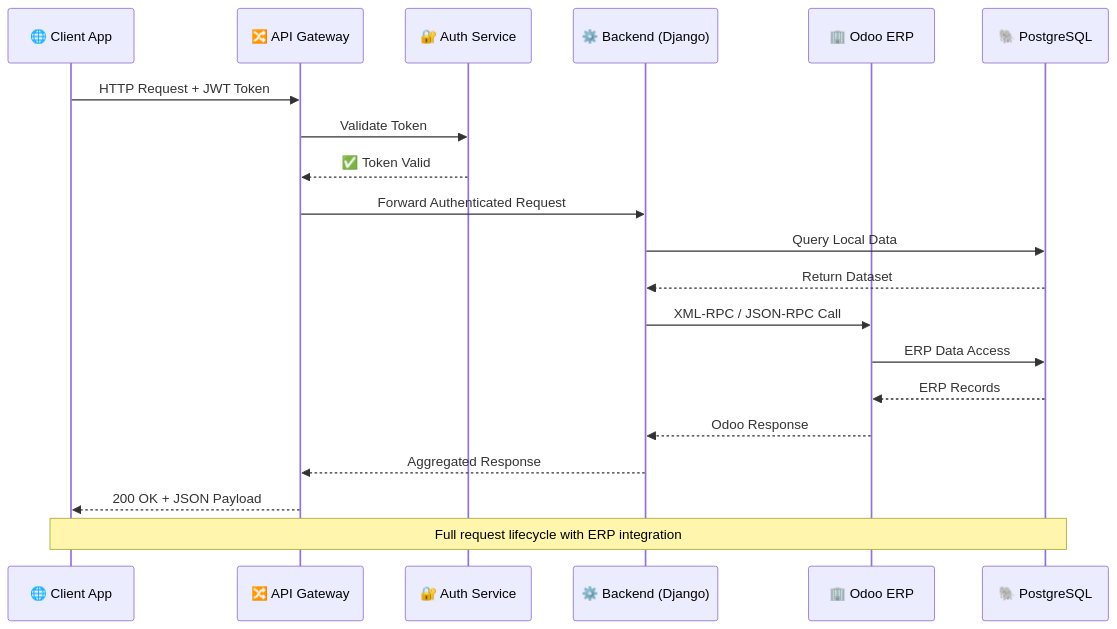
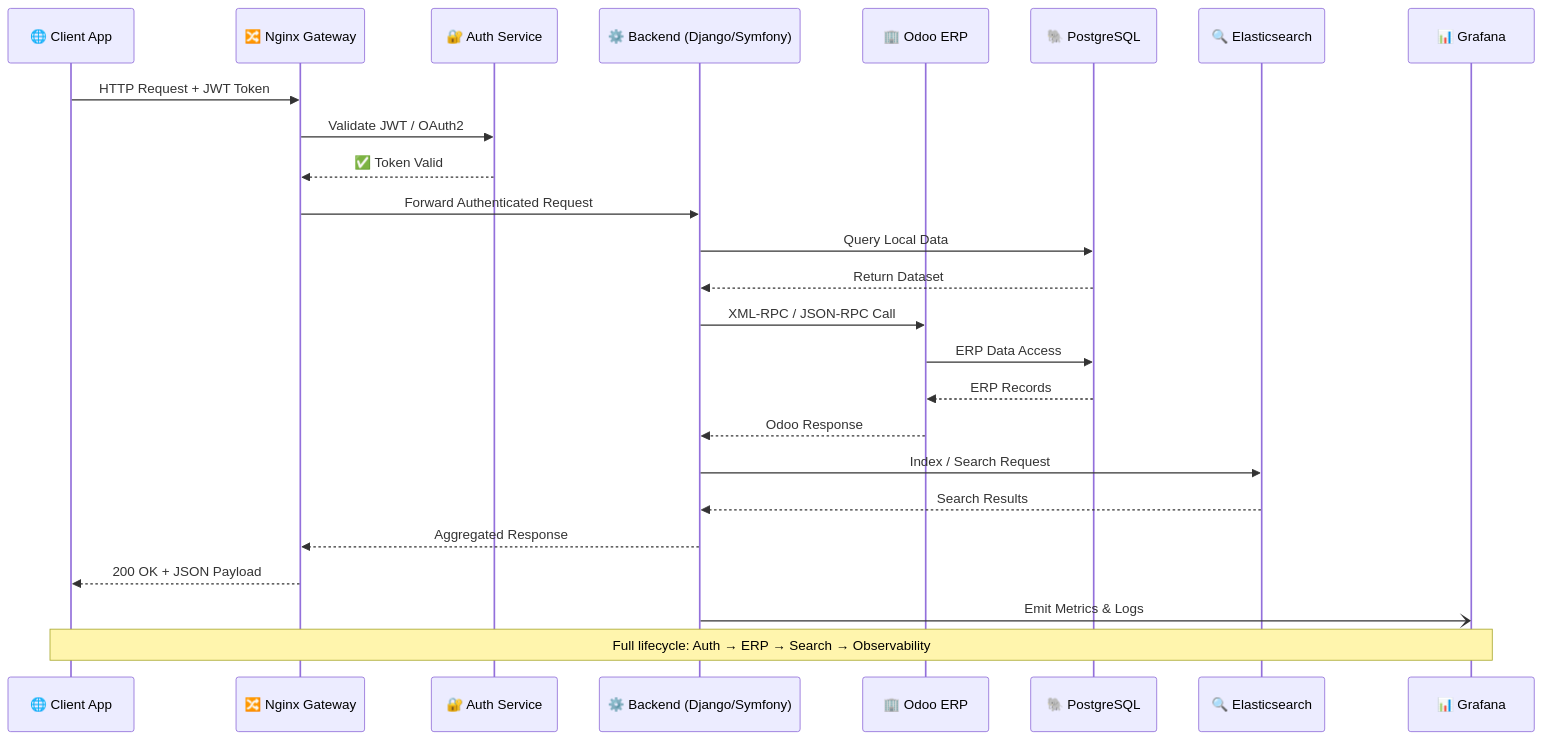
Before and after one commit to maximedorlin/maximedorlin: the second of 5 diagrams in README.md, drawn with Mermaid. The commit also changed other lines of this file, not shown here.

````diff
--- a/README.md
+++ b/README.md
@@ -367,24 +329,29 @@
 ```mermaid
 sequenceDiagram
     participant C  as 🌐 Client App
-    participant G  as 🔀 API Gateway
+    participant N  as 🔀 Nginx Gateway
     participant A  as 🔐 Auth Service
-    participant B  as ⚙️ Backend (Django)
+    participant B  as ⚙️ Backend (Django/Symfony)
     participant O  as 🏢 Odoo ERP
     participant DB as 🐘 PostgreSQL
+    participant ES as 🔍 Elasticsearch
+    participant GF as 📊 Grafana
 
-    C->>G: HTTP Request + JWT Token
-    G->>A: Validate Token
-    A-->>G: ✅ Token Valid
-    G->>B: Forward Authenticated Request
+    C->>N: HTTP Request + JWT Token
+    N->>A: Validate JWT / OAuth2
+    A-->>N: ✅ Token Valid
+    N->>B: Forward Authenticated Request
     B->>DB: Query Local Data
     DB-->>B: Return Dataset
     B->>O: XML-RPC / JSON-RPC Call
     O->>DB: ERP Data Access
     DB-->>O: ERP Records
     O-->>B: Odoo Response
-    B-->>G: Aggregated Response
-    G-->>C: 200 OK + JSON Payload
+    B->>ES: Index / Search Request
+    ES-->>B: Search Results
+    B-->>N: Aggregated Response
+    N-->>C: 200 OK + JSON Payload
+    B-)GF: Emit Metrics & Logs
 
-    Note over C,DB: Full request lifecycle with ERP integration
+    Note over C,GF: Full lifecycle: Auth → ERP → Search → Observability
 ```
````
